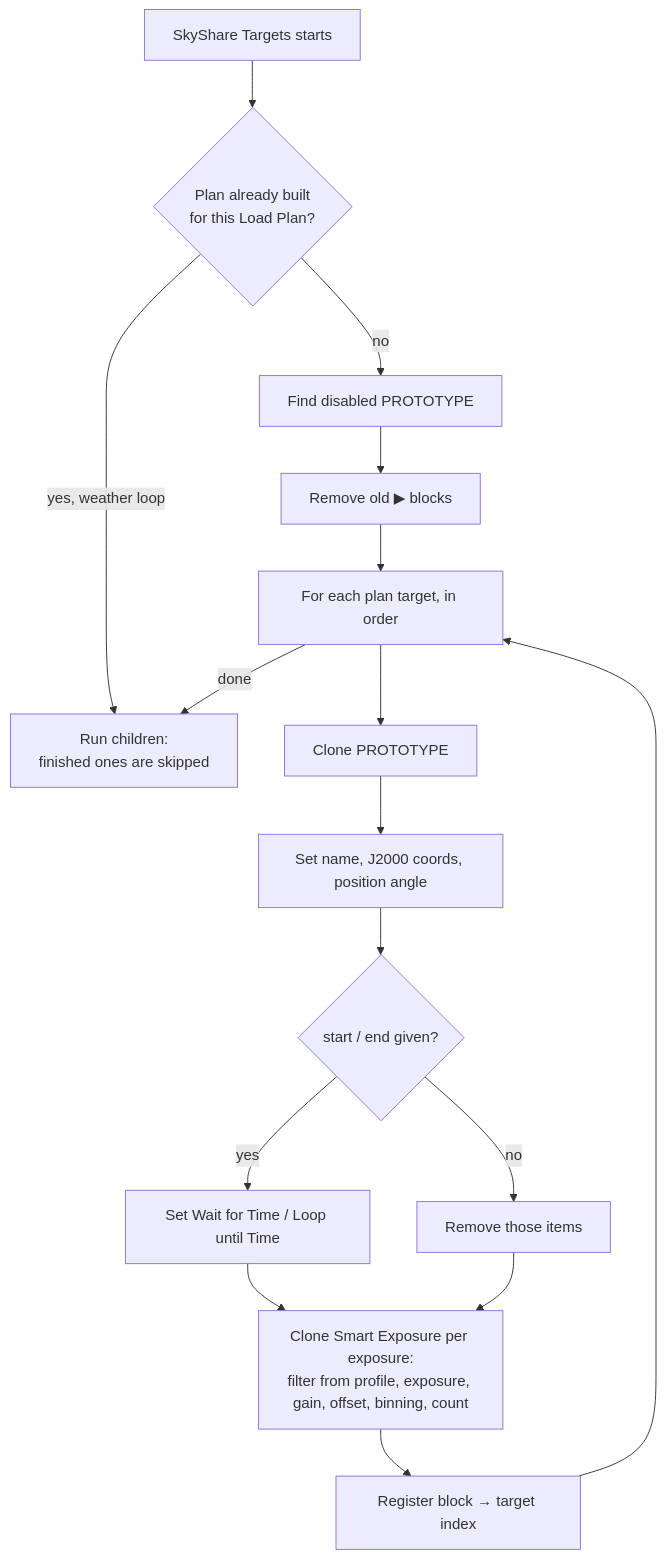
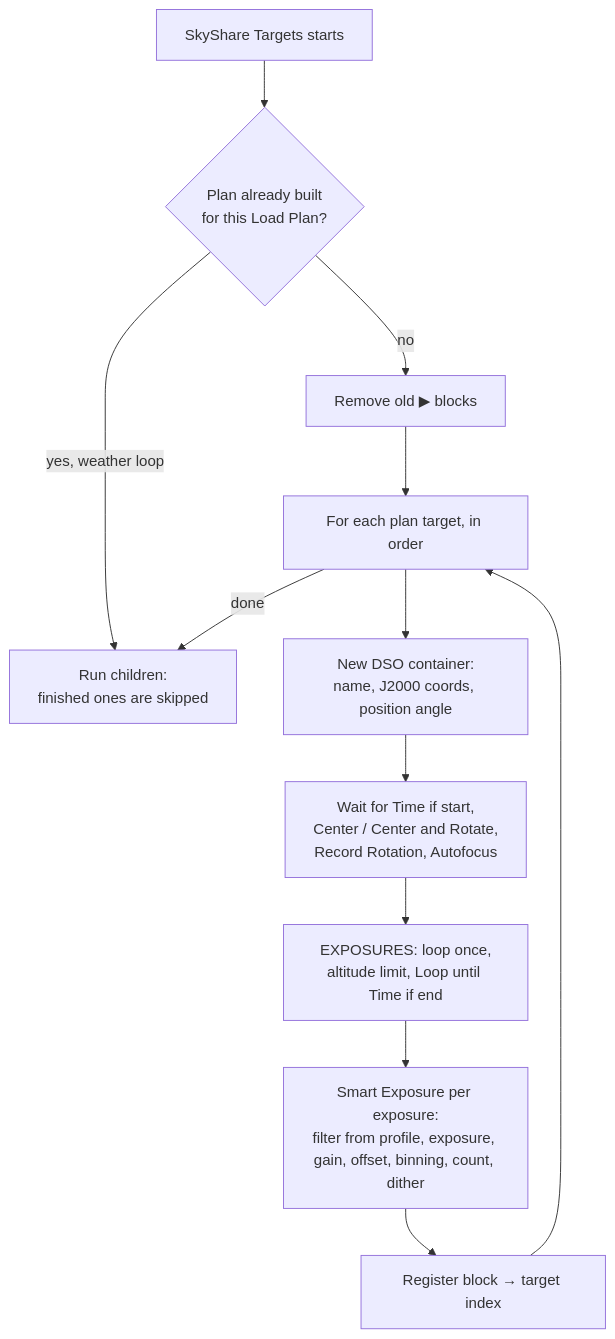
The third of 5 diagrams in README.md (BenCoullNeveu/SkySharePlanner), drawn with Mermaid before and after one commit. The commit also changed other lines of this file and 34 other files, not shown here.

Commit message:
Updated plugin and python scripts for sequence building, including a calibration sequence generator

````diff
--- a/README.md
+++ b/README.md
@@ -185,18 +284,14 @@
 ```mermaid
 flowchart TD
     A[SkyShare Targets starts] --> B{Plan already built<br/>for this Load Plan?}
     B -- yes, weather loop --> R[Run children:<br/>finished ones are skipped]
-    B -- no --> C[Find disabled PROTOTYPE]
-    C --> D[Remove old ▶ blocks]
+    B -- no --> D[Remove old ▶ blocks]
     D --> E[For each plan target, in order]
-    E --> F[Clone PROTOTYPE]
-    F --> G[Set name, J2000 coords, position angle]
-    G --> H{start / end given?}
-    H -- yes --> I[Set Wait for Time / Loop until Time]
-    H -- no --> J[Remove those items]
-    I --> K
-    J --> K[Clone Smart Exposure per exposure:<br/>filter from profile, exposure, gain, offset, binning, count]
+    E --> F[New DSO container:<br/>name, J2000 coords, position angle]
+    F --> G[Wait for Time if start,<br/>Center / Center and Rotate,<br/>Record Rotation, Autofocus]
+    G --> H[EXPOSURES: loop once,<br/>altitude limit, Loop until Time if end]
+    H --> K[Smart Exposure per exposure:<br/>filter from profile, exposure, gain, offset, binning, count, dither]
     K --> L[Register block → target index]
     L --> E
     E -- done --> R
 ```
````
